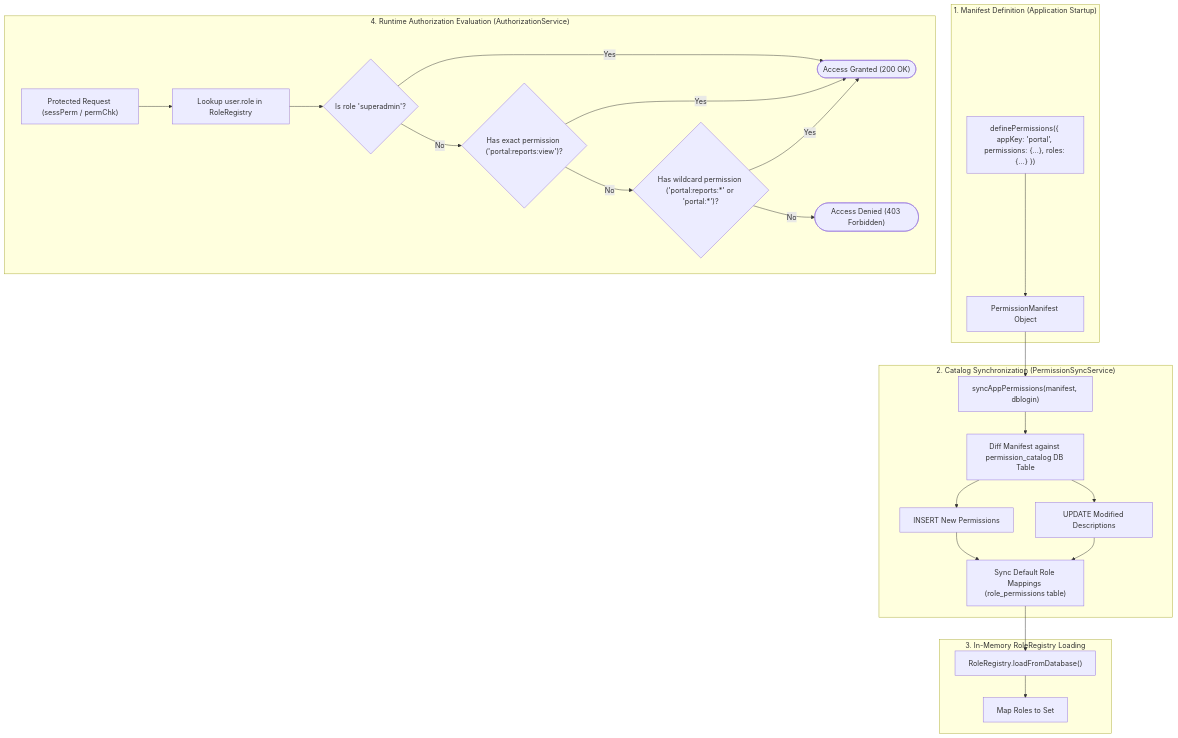
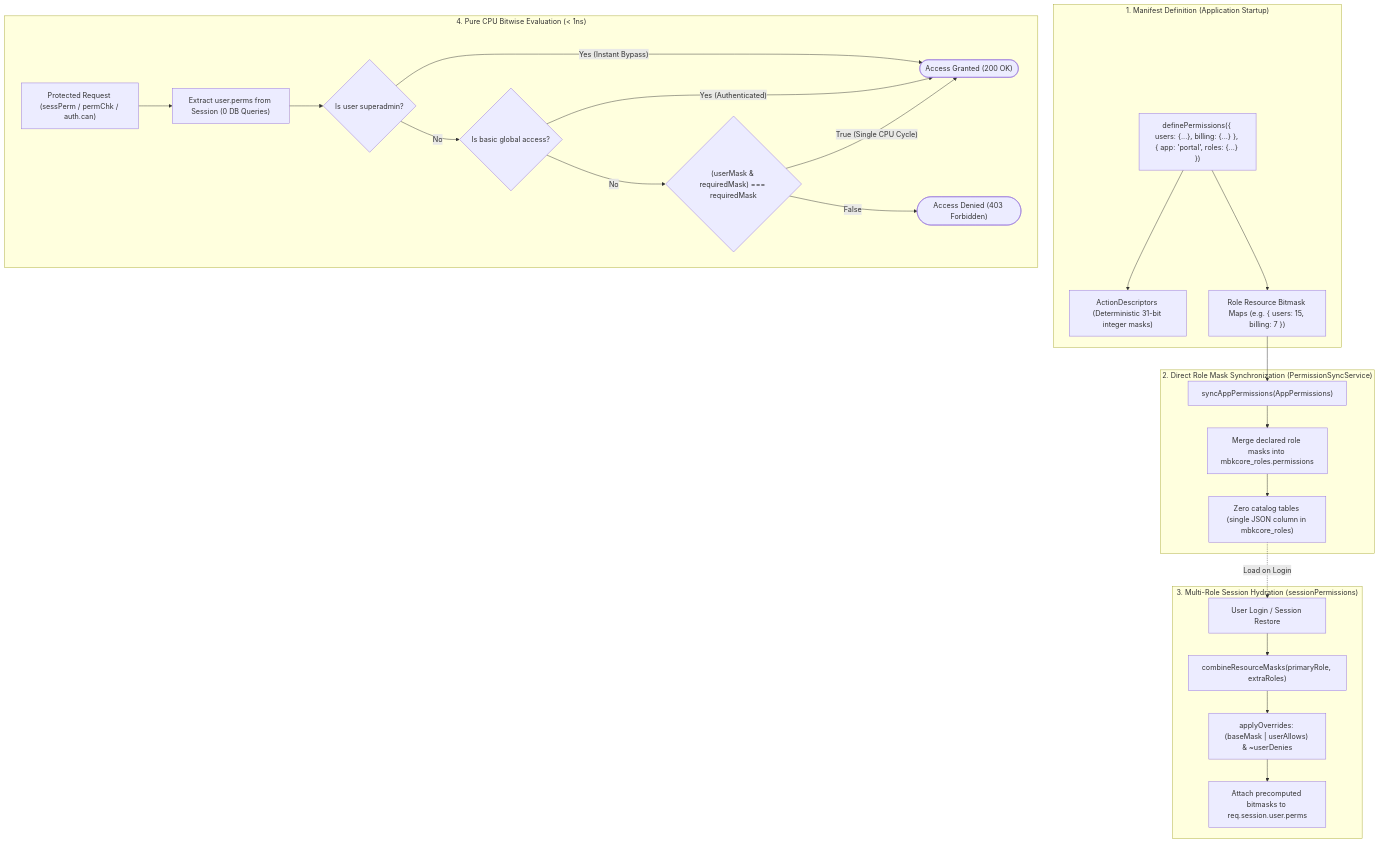
One commit to MIbnEKhalid/mbkauthe changed the diagram in docs/diagrams/mmd/05-rbac-permission-sync.mmd. Above: the diagram before and after it, drawn with Mermaid. The commit also changed 63 other files, not shown here.

Commit message:
v6.5.0 Sub-Nanosecond Bitmask Permission & Authorization Engine

```diff
--- a/docs/diagrams/mmd/05-rbac-permission-sync.mmd
+++ b/docs/diagrams/mmd/05-rbac-permission-sync.mmd
@@ -1,43 +1,45 @@
 flowchart TD
     subgraph DevTime["1. Manifest Definition (Application Startup)"]
-        DefCode["definePermissions({ appKey: 'portal', permissions: {...}, roles: {...} })"]
-        ManifestObj["PermissionManifest Object"]
-        DefCode --> ManifestObj
+        DefCode["definePermissions({ users: {...}, billing: {...} }, { app: 'portal', roles: {...} })"]
+        ActionDesc["ActionDescriptors (Deterministic 31-bit integer masks)"]
+        RoleMasks["Role Resource Bitmask Maps (e.g. { users: 15, billing: 7 })"]
+        
+        DefCode --> ActionDesc & RoleMasks
     end
 
-    subgraph SyncEngine["2. Catalog Synchronization (PermissionSyncService)"]
-        SyncCall["syncAppPermissions(manifest, dblogin)"]
-        DiffEngine["Diff Manifest against permission_catalog DB Table"]
-        InsertPerms["INSERT New Permissions"]
-        UpdatePerms["UPDATE Modified Descriptions"]
-        SyncRoles["Sync Default Role Mappings (role_permissions table)"]
+    subgraph SyncEngine["2. Direct Role Mask Synchronization (PermissionSyncService)"]
+        SyncCall["syncAppPermissions(AppPermissions)"]
+        MergeRoles["Merge declared role masks into mbkcore_roles.permissions"]
+        ZeroCatalog["Zero catalog tables (single JSON column in mbkcore_roles)"]
         
-        SyncCall --> DiffEngine
-        DiffEngine --> InsertPerms & UpdatePerms --> SyncRoles
+        SyncCall --> MergeRoles --> ZeroCatalog
     end
 
-    subgraph MemorySync["3. In-Memory RoleRegistry Loading"]
-        LoadRegistry["RoleRegistry.loadFromDatabase()"]
-        PopulateMap["Map Roles to Set<PermissionStrings>"]
+    subgraph SessionHydration["3. Multi-Role Session Hydration (sessionPermissions)"]
+        LoginEvent["User Login / Session Restore"]
+        CombineRoles["combineResourceMasks(primaryRole, extraRoles)"]
+        ApplyOverrides["applyOverrides: (baseMask | userAllows) & ~userDenies"]
+        AttachSession["Attach precomputed bitmasks to req.session.user.perms"]
         
-        SyncRoles --> LoadRegistry --> PopulateMap
+        LoginEvent --> CombineRoles --> ApplyOverrides --> AttachSession
     end
 
-    subgraph RuntimeAuthz["4. Runtime Authorization Evaluation (AuthorizationService)"]
-        IncomingReq["Protected Request (sessPerm / permChk)"]
-        CheckUserRole["Lookup user.role in RoleRegistry"]
+    subgraph RuntimeAuthz["4. Pure CPU Bitwise Evaluation (< 1ns)"]
+        IncomingReq["Protected Request (sessPerm / permChk / auth.can)"]
+        ExtractCtx["Extract user.perms from Session (0 DB Queries)"]
         
-        SuperCheck{"Is role 'superadmin'?"}
-        ExactCheck{"Has exact permission ('portal:reports:view')?"}
-        WildcardCheck{"Has wildcard permission ('portal:reports:*' or 'portal:*')?"}
+        SuperCheck{"Is user superadmin?"}
+        GlobalCheck{"Is basic global access?"}
+        BitwiseCheck{"(userMask & requiredMask) === requiredMask"}
         
-        IncomingReq --> CheckUserRole --> SuperCheck
-        SuperCheck -- "Yes" --> Allow(["Access Granted (200 OK)"])
-        SuperCheck -- "No" --> ExactCheck
-        ExactCheck -- "Yes" --> Allow
-        ExactCheck -- "No" --> WildcardCheck
-        WildcardCheck -- "Yes" --> Allow
-        WildcardCheck -- "No" --> Deny(["Access Denied (403 Forbidden)"])
+        IncomingReq --> ExtractCtx --> SuperCheck
+        SuperCheck -- "Yes (Instant Bypass)" --> Allow(["Access Granted (200 OK)"])
+        SuperCheck -- "No" --> GlobalCheck
+        GlobalCheck -- "Yes (Authenticated)" --> Allow
+        GlobalCheck -- "No" --> BitwiseCheck
+        BitwiseCheck -- "True (Single CPU Cycle)" --> Allow
+        BitwiseCheck -- "False" --> Deny(["Access Denied (403 Forbidden)"])
     end
 
-    ManifestObj --> SyncCall
+    RoleMasks --> SyncCall
+    ZeroCatalog -.->|Load on Login| LoginEvent
```
